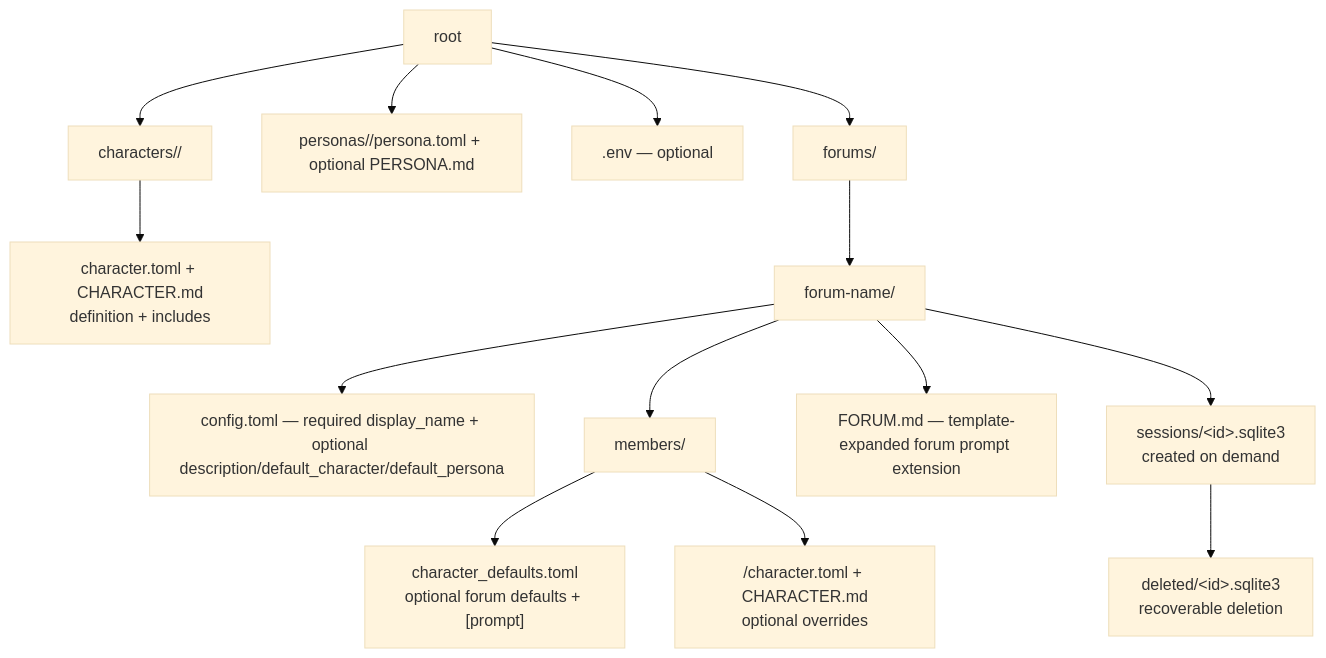
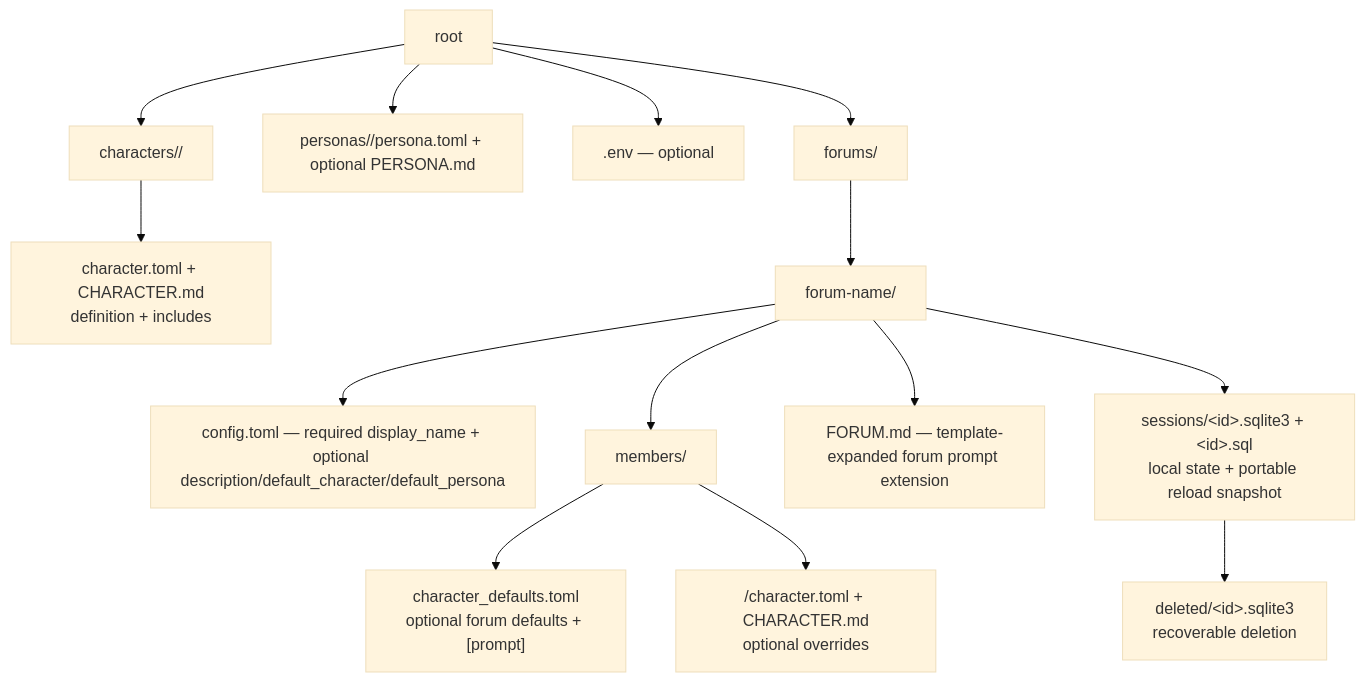
One commit to michaelpopov/cha changed the first of 4 diagrams in src/session/README.md. Above: the diagram before and after it, drawn with Mermaid (base theme). The commit also changed other lines of this file and 9 other files, not shown here.

````diff
--- a/src/session/README.md
+++ b/src/session/README.md
@@ -28,16 +28,16 @@
 ```mermaid
 flowchart TD
     root --> forums["forums/"]
     root --> personas["personas/<id>/persona.toml + optional PERSONA.md"]
     root --> env[".env — optional"]
     root --> characters["characters/<id>/"]
     characters --> character["character.toml + CHARACTER.md<br/>definition + includes"]
     forums --> forum["forum-name/"]
     forum --> config["config.toml — required display_name + optional description/default_character/default_persona"]
     forum --> members["members/"]
     members --> base["character_defaults.toml<br/>optional forum defaults + [prompt]"]
     members --> member["<id>/character.toml + CHARACTER.md<br/>optional overrides"]
     forum --> forum_prompt["FORUM.md — template-expanded forum prompt extension"]
-    forum --> sessions["sessions/&lt;id&gt;.sqlite3<br/>created on demand"]
+    forum --> sessions["sessions/&lt;id&gt;.sqlite3 + &lt;id&gt;.sql<br/>local state + portable reload snapshot"]
     sessions --> deleted["deleted/&lt;id&gt;.sqlite3<br/>recoverable deletion"]
 ```
````
